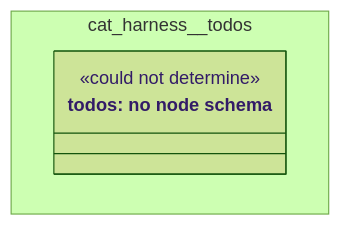
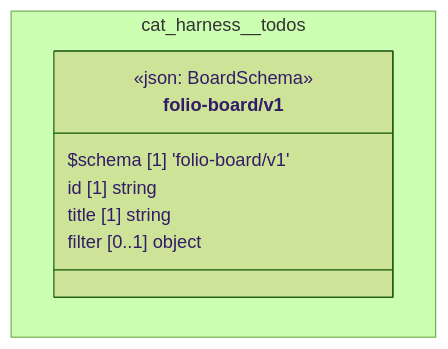
The diagram in cat-harness/docs/uml/overview/cat-harness/todos.md (litlfred/folio-assistant), drawn with Mermaid (forest theme) before and after one commit. The commit also changed other lines of this file and 220 other files, not shown here.

First line of the commit message:
quda: register node schemas for the graph kinds that had none

````diff
--- a/cat-harness/docs/uml/overview/cat-harness/todos.md
+++ b/cat-harness/docs/uml/overview/cat-harness/todos.md
@@ -12,11 +12,14 @@
 ```mermaid
 classDiagram
   direction TB
   namespace cat_harness__todos {
-    class n_cat_harness_todos_todos["todos: no node schema"] {
-      <<could not determine>>
+    class cat_harness_todos_folio_board_v1_folio_board_v1["folio-board/v1"] {
+      <<json: BoardSchema>>
+      $schema [1] 'folio-board/v1'
+      id [1] string
+      title [1] string
+      filter [0..1] object
     }
   }
-  cssClass "n_cat_harness_todos_todos" fa_uml_kind_todos
-  cssClass "n_cat_harness_todos_todos" fa_uml_undetermined
+  cssClass "cat_harness_todos_folio_board_v1_folio_board_v1" fa_uml_kind_todos
 ```
````
